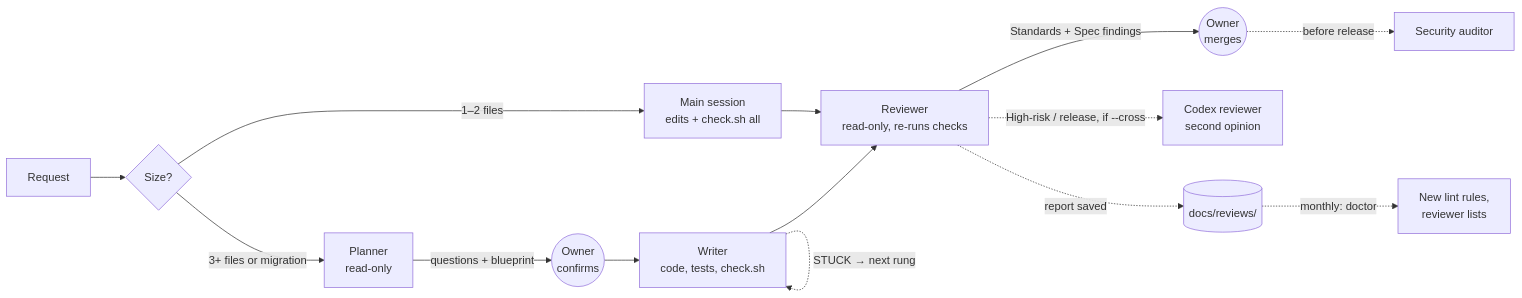
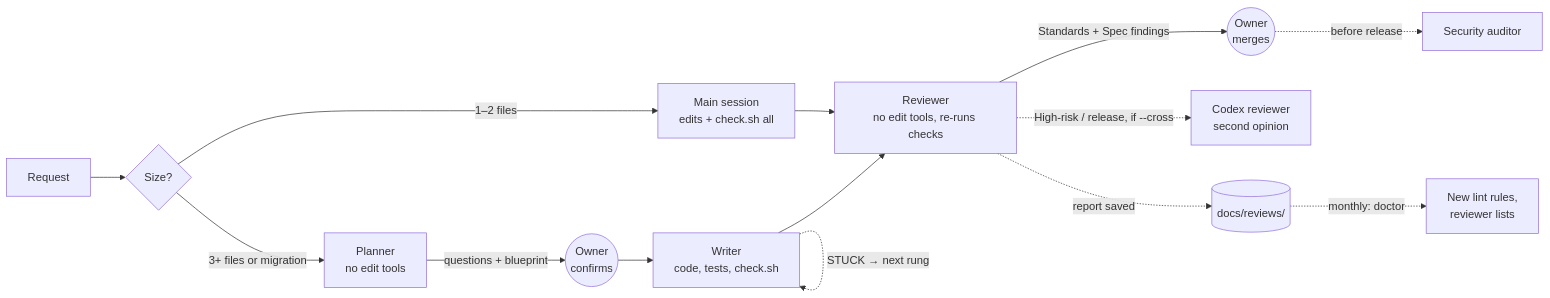
One commit to sam-pop/claude-code-workflow-kit changed the first of 3 diagrams in README.md. Above: the diagram before and after it, drawn with Mermaid. The commit also changed other lines of this file and 48 other files, not shown here.

````diff
--- a/README.md
+++ b/README.md
@@ -79,16 +79,16 @@
 ```mermaid
 flowchart LR
     R[Request] --> S{Size?}
     S -- "1–2 files" --> M[Main session<br/>edits + check.sh all]
-    S -- "3+ files or migration" --> P[Planner<br/>read-only]
+    S -- "3+ files or migration" --> P[Planner<br/>no edit tools]
     P -- "questions + blueprint" --> O((Owner<br/>confirms))
     O --> W[Writer<br/>code, tests, check.sh]
-    M --> V[Reviewer<br/>read-only, re-runs checks]
+    M --> V[Reviewer<br/>no edit tools, re-runs checks]
     W --> V
     V -- "Standards + Spec findings" --> H((Owner<br/>merges))
     H -. "before release" .-> A[Security auditor]
     V -. "High-risk / release, if --cross" .-> X[Codex reviewer<br/>second opinion]
     W -. "STUCK → next rung" .-> W
     V -. "report saved" .-> L[(docs/reviews/)]
     L -. "monthly: doctor" .-> K[New lint rules,<br/>reviewer lists]
 ```
````
